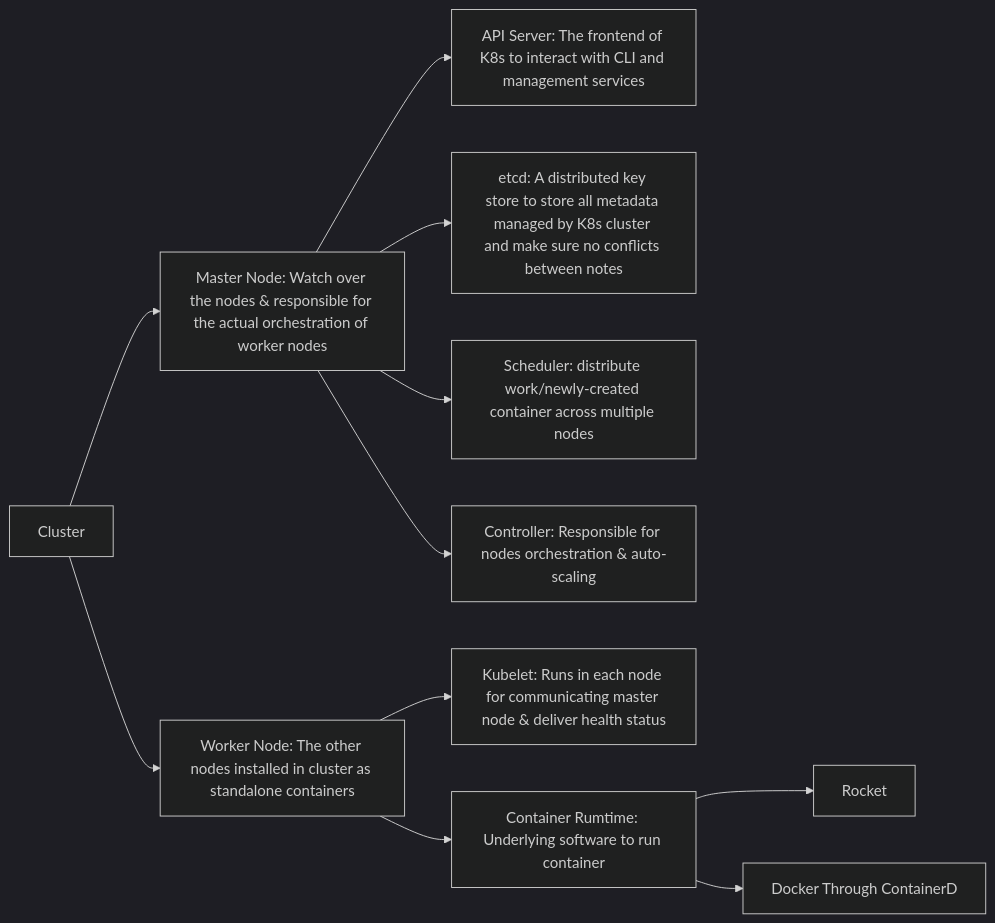
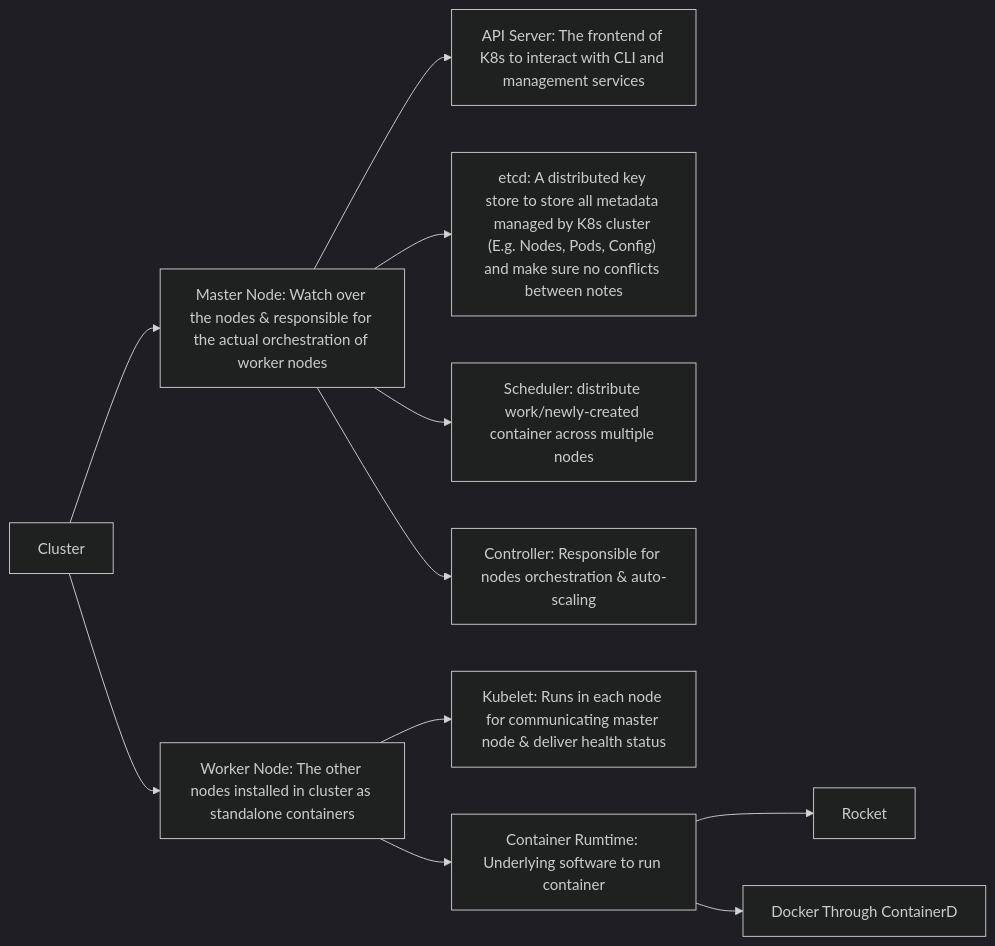
The second of 2 diagrams in K8s Architecture.md (Nelson-Sl/kubernetes), drawn with Mermaid (dark theme) before and after one commit.

Commit message:
vault backup: 2026-05-20 21:09:13

````diff
--- a/K8s Architecture.md
+++ b/K8s Architecture.md
@@ -18,13 +18,13 @@
 ```mermaid
 flowchart LR;
 Cluster-->MasterNode["Master Node: Watch over the nodes & responsible for the actual orchestration of worker nodes"];
 Cluster-->WorkerNode["Worker Node: The other nodes installed in cluster as standalone containers"]
 MasterNode-->ApiServer["API Server: The frontend of K8s to interact with CLI and management services"]
-MasterNode-->etcd["etcd: A distributed key store to store all metadata managed by K8s cluster and make sure no conflicts between notes"]
+MasterNode-->etcd["etcd: A distributed key store to store all metadata managed by K8s cluster (E.g. Nodes, Pods, Config) and make sure no conflicts between notes"]
 MasterNode-->scheduler["Scheduler: distribute work/newly-created container across multiple nodes"]
 MasterNode-->controller["Controller: Responsible for nodes orchestration & auto-scaling"]
 WorkerNode-->kubelet["Kubelet: Runs in each node for communicating master node & deliver health status"]
 WorkerNode-->runtime["Container Rumtime: Underlying software to run container"]
 runtime-->Rocket
 runtime-->Docker["Docker Through ContainerD"]
 ```
````
